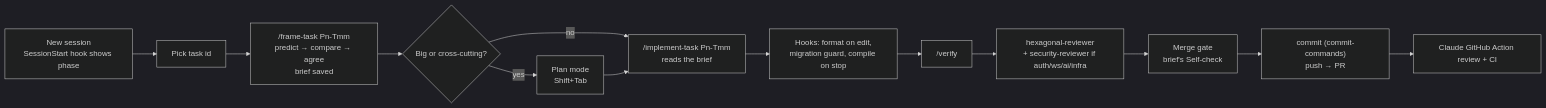
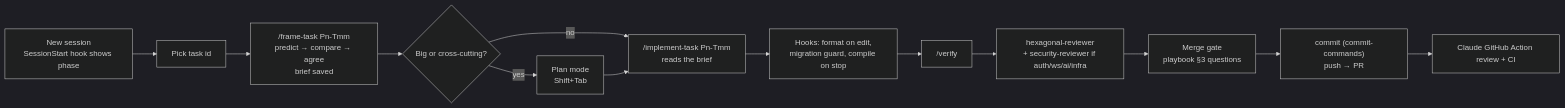
One commit to hinn1411/devcool-core changed the diagram in docs/plans/claude-code/claude-code-guide.md. Above: the diagram before and after it, drawn with Mermaid (dark theme). The commit also changed other lines of this file and 7 other files, not shown here.

````diff
--- a/docs/plans/claude-code/claude-code-guide.md
+++ b/docs/plans/claude-code/claude-code-guide.md
@@ -198,15 +198,15 @@
 ```mermaid
 flowchart LR
   A[New session<br/>SessionStart hook shows phase] --> B[Pick task id]
   B --> FR["/frame-task Pn-Tmm<br/>predict → compare → agree<br/>brief saved"]
   FR --> C{Big or cross-cutting?}
   C -->|yes| D[Plan mode<br/>Shift+Tab]
   C -->|no| E["/implement-task Pn-Tmm<br/>reads the brief"]
   D --> E
   E --> F[Hooks: format on edit,<br/>migration guard, compile on stop]
   F --> G["/verify"]
   G --> H[hexagonal-reviewer<br/>+ security-reviewer if auth/ws/ai/infra]
-  H --> M[Merge gate<br/>brief's Self-check]
+  H --> M[Merge gate<br/>playbook §3 questions]
   M --> I["commit (commit-commands)<br/>push → PR"]
   I --> J[Claude GitHub Action review + CI]
 ```
````
